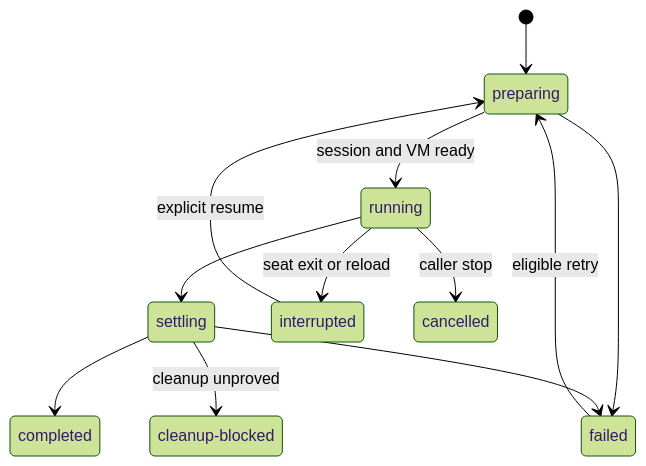
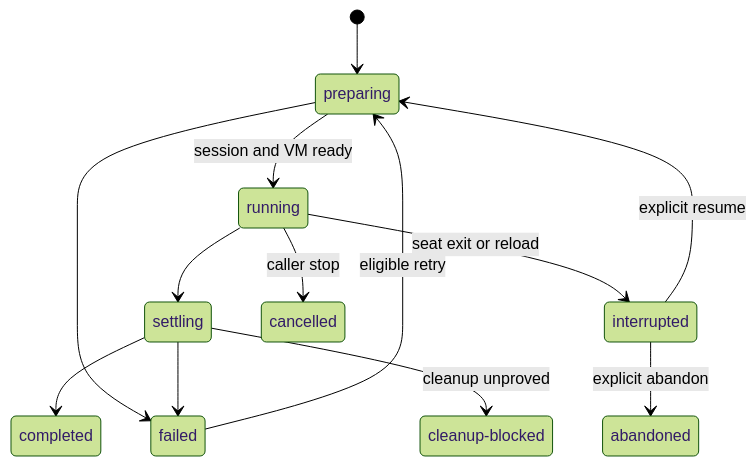
Before and after one commit to vegardx/pi-subagent: the second of 2 diagrams in docs/architecture.md, drawn with Mermaid (forest theme). The commit also changed other lines of this file and 32 other files, not shown here.

````diff
--- a/docs/architecture.md
+++ b/docs/architecture.md
@@ -155,15 +155,17 @@
 ```mermaid
 stateDiagram-v2
     [*] --> preparing
     preparing --> running: session and VM ready
     preparing --> failed
     running --> settling
     running --> interrupted: seat exit or reload
     running --> cancelled: caller stop
     settling --> completed
     settling --> failed
     settling --> cleanupBlocked: cleanup unproved
     interrupted --> preparing: explicit resume
+    interrupted --> abandoned: explicit abandon
     failed --> preparing: eligible retry
     cleanupBlocked: cleanup-blocked
+    abandoned: abandoned
 ```
````
